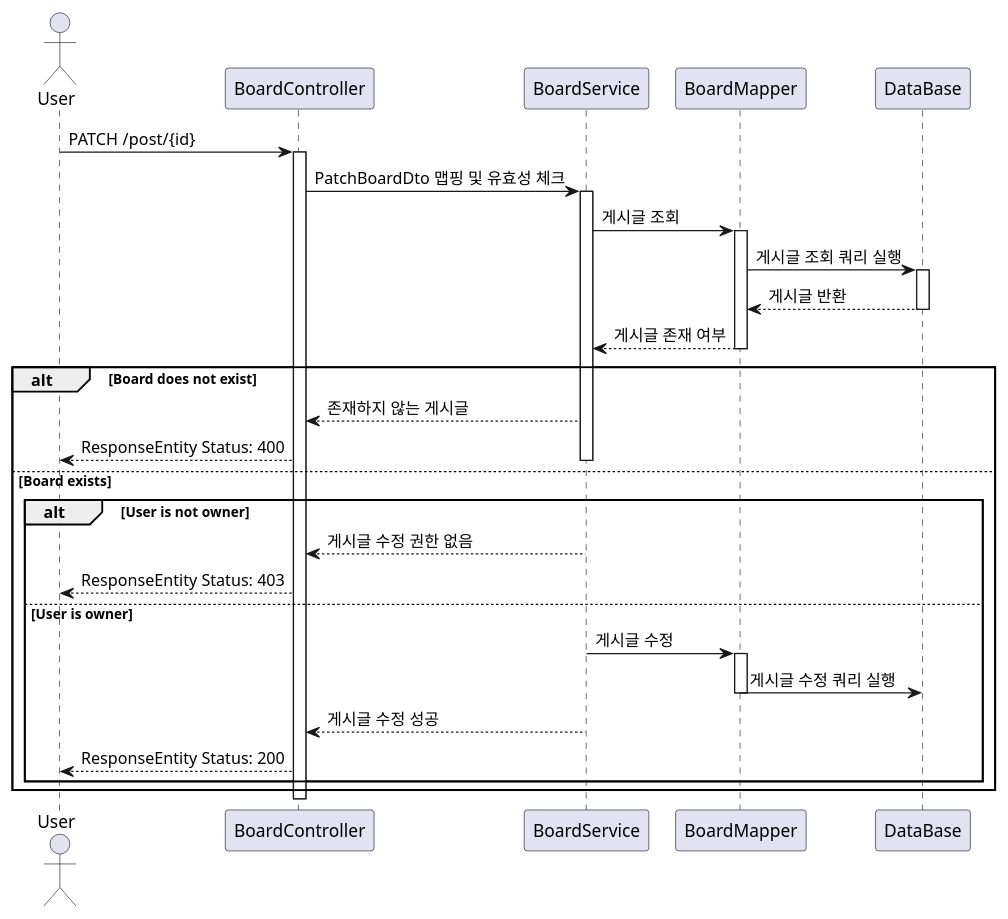
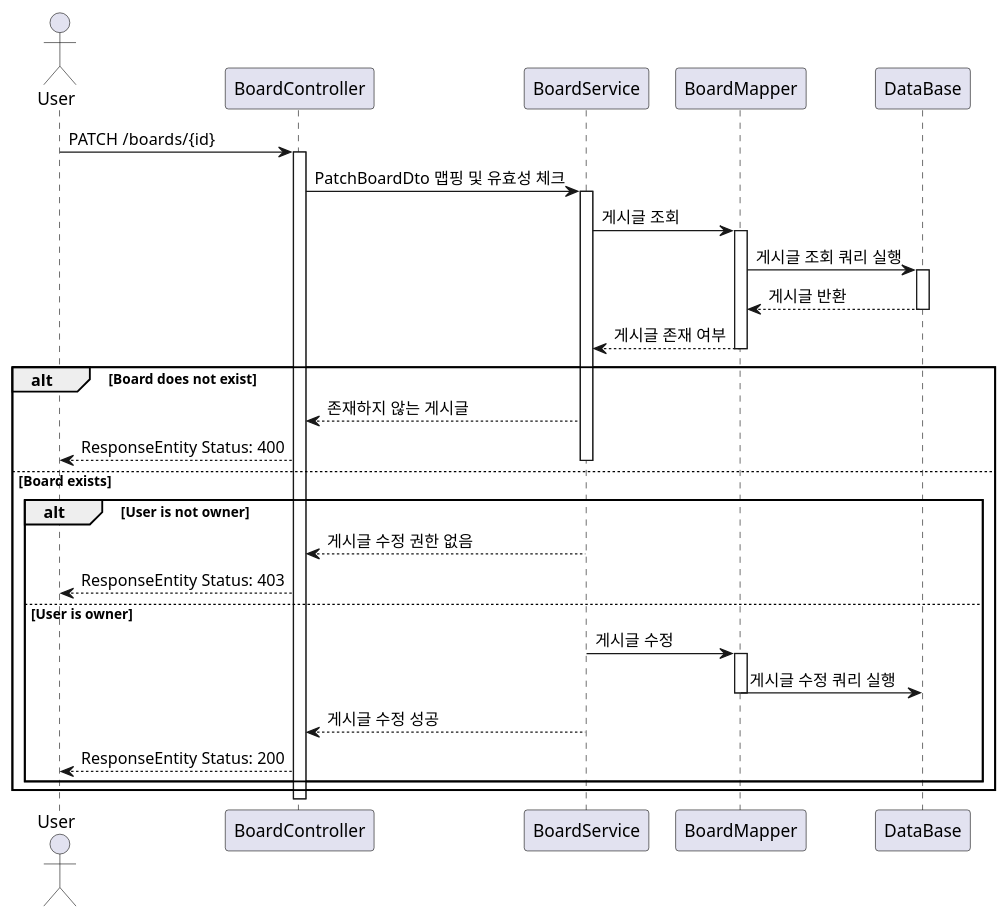
The diagram in Sequence_diagram/patchBoardSequence.puml (HyunSense/Rest_board), drawn with PlantUML before and after one commit. The commit also changed 3 other files, not shown here.

Commit message:
sequenceDiagram URI 수정

```diff
--- a/Sequence_diagram/patchBoardSequence.puml
+++ b/Sequence_diagram/patchBoardSequence.puml
@@ -1,45 +1,45 @@
 @startuml
 actor User
 
-User -> BoardController: PATCH /post/{id}
+User -> BoardController: PATCH /boards/{id}
 activate BoardController
 
 BoardController -> BoardService: PatchBoardDto 맵핑 및 유효성 체크
 activate BoardService
 
 BoardService -> BoardMapper: 게시글 조회
 activate BoardMapper
 
 BoardMapper -> DataBase: 게시글 조회 쿼리 실행
 activate DataBase
 
 DataBase --> BoardMapper: 게시글 반환
 deactivate DataBase
 BoardMapper --> BoardService: 게시글 존재 여부
 deactivate BoardMapper
 
 alt Board does not exist
     BoardService --> BoardController: 존재하지 않는 게시글
     BoardController --> User: ResponseEntity Status: 400
     deactivate BoardService
 
 else Board exists
     alt User is not owner
         BoardService --> BoardController: 게시글 수정 권한 없음
         BoardController --> User: ResponseEntity Status: 403
     else User is owner
         BoardService -> BoardMapper: 게시글 수정
         activate BoardMapper
         BoardMapper -> DataBase: 게시글 수정 쿼리 실행
         deactivate BoardMapper
 
         BoardService --> BoardController: 게시글 수정 성공
         BoardController --> User: ResponseEntity Status: 200
     end
 
 end
 
 deactivate BoardService
 deactivate BoardController
 
 @enduml
```
